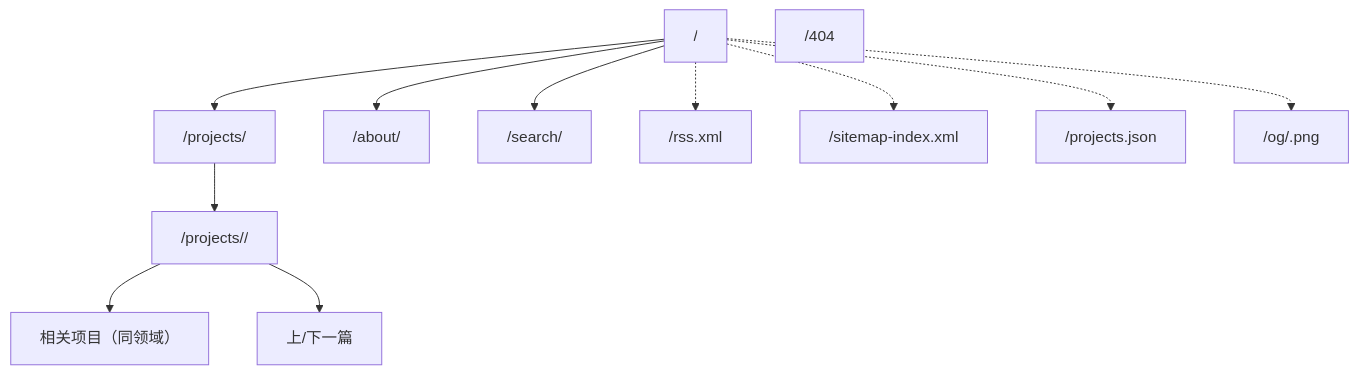
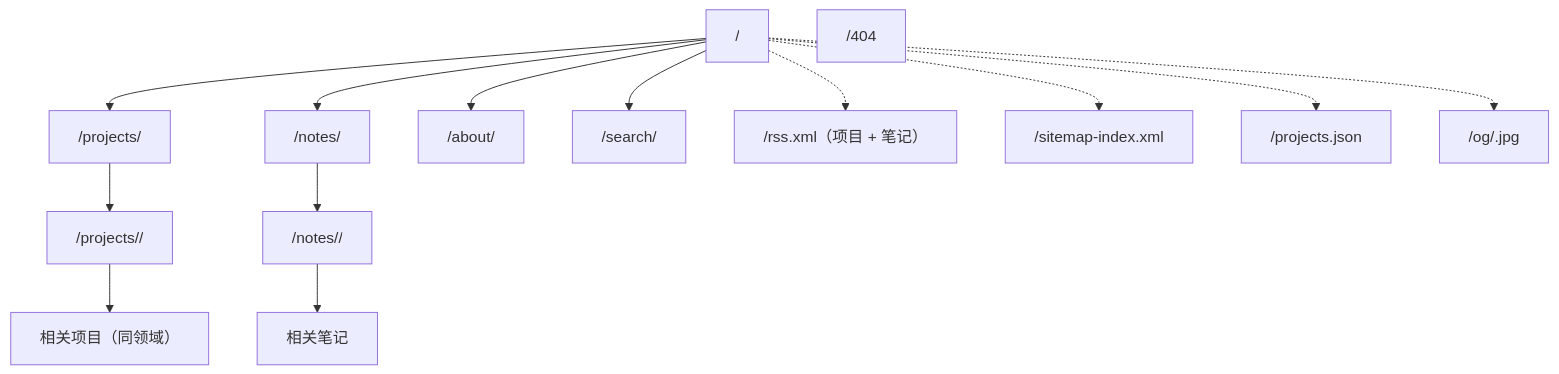
Before and after one commit to GUIDchen/dsh-personalnet: the diagram in docs/07-information-architecture.md, drawn with Mermaid. The commit also changed other lines of this file and 42 other files, not shown here.

````diff
--- a/docs/07-information-architecture.md
+++ b/docs/07-information-architecture.md
@@ -13,14 +13,16 @@
 ```mermaid
 flowchart TD
   Home["/"] --> Projects["/projects/"]
+  Home --> Notes["/notes/"]
   Home --> About["/about/"]
   Home --> Search["/search/"]
   Projects --> Detail["/projects/<slug>/"]
+  Notes --> Note["/notes/<slug>/"]
   Detail --> Related["相关项目（同领域）"]
-  Detail --> PrevNext["上/下一篇"]
-  Home -.-> RSS["/rss.xml"]
+  Note --> RelatedNote["相关笔记"]
+  Home -.-> RSS["/rss.xml（项目 + 笔记）"]
   Home -.-> Sitemap["/sitemap-index.xml"]
   Home -.-> JSON["/projects.json"]
-  Home -.-> OG["/og/<slug>.png"]
+  Home -.-> OG["/og/<slug>.jpg"]
   NotFound["/404"]
 ```
````
